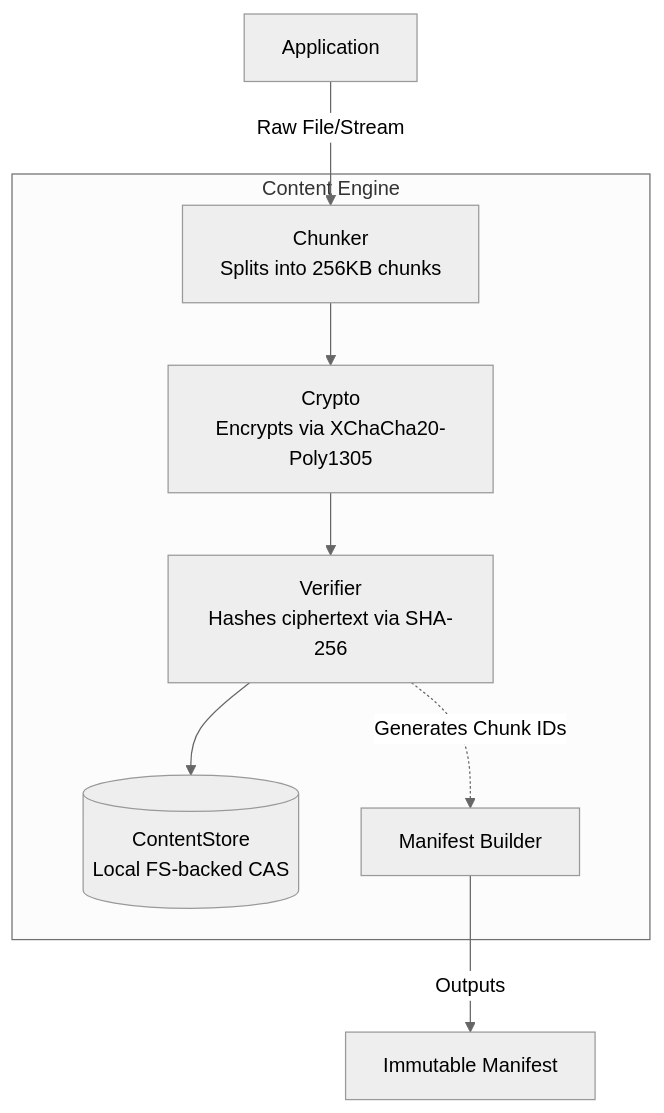
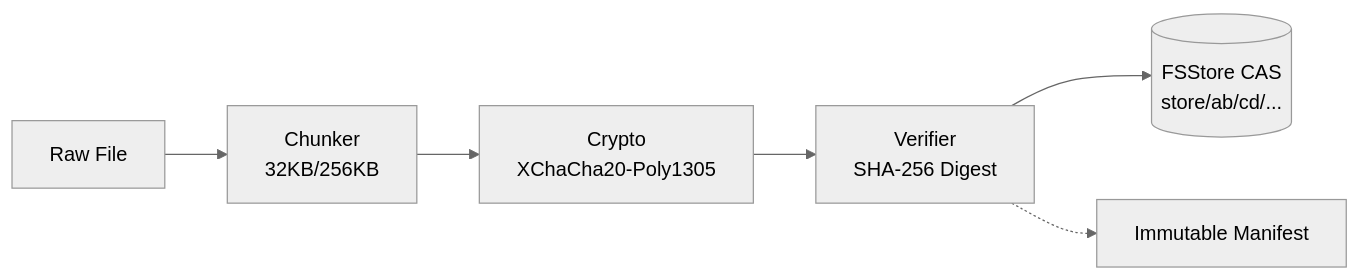
Before and after one commit to adarshxsh/CIPHER: the second of 4 diagrams in p2p_transport/docs/architecture.md, drawn with Mermaid (neutral theme). The commit also changed other lines of this file and 11 other files, not shown here.

````diff
--- a/p2p_transport/docs/architecture.md
+++ b/p2p_transport/docs/architecture.md
@@ -32,16 +105,8 @@
 ```mermaid
-graph TD
-    App[Application] -->|Raw File/Stream| Chunker
-    
-    subgraph Content Engine
-        Chunker[Chunker<br/>Splits into 256KB chunks] --> Crypto
-        Crypto[Crypto<br/>Encrypts via XChaCha20-Poly1305] --> Verifier
-        Verifier[Verifier<br/>Hashes ciphertext via SHA-256] --> Storage
-        Storage[(ContentStore<br/>Local FS-backed CAS)]
-        
-        ManifestBuilder[Manifest Builder]
-        Verifier -.->|Generates Chunk IDs| ManifestBuilder
-    end
-    
-    ManifestBuilder -->|Outputs| Manifest[Immutable Manifest]
+graph LR
+    Raw[Raw File] --> Chunker[Chunker<br/>32KB/256KB]
+    Chunker --> Crypto[Crypto<br/>XChaCha20-Poly1305]
+    Crypto --> Verifier[Verifier<br/>SHA-256 Digest]
+    Verifier --> CAS[(FSStore CAS<br/>store/ab/cd/...)]
+    Verifier -.-> Manifest[Immutable Manifest]
 ```
````
